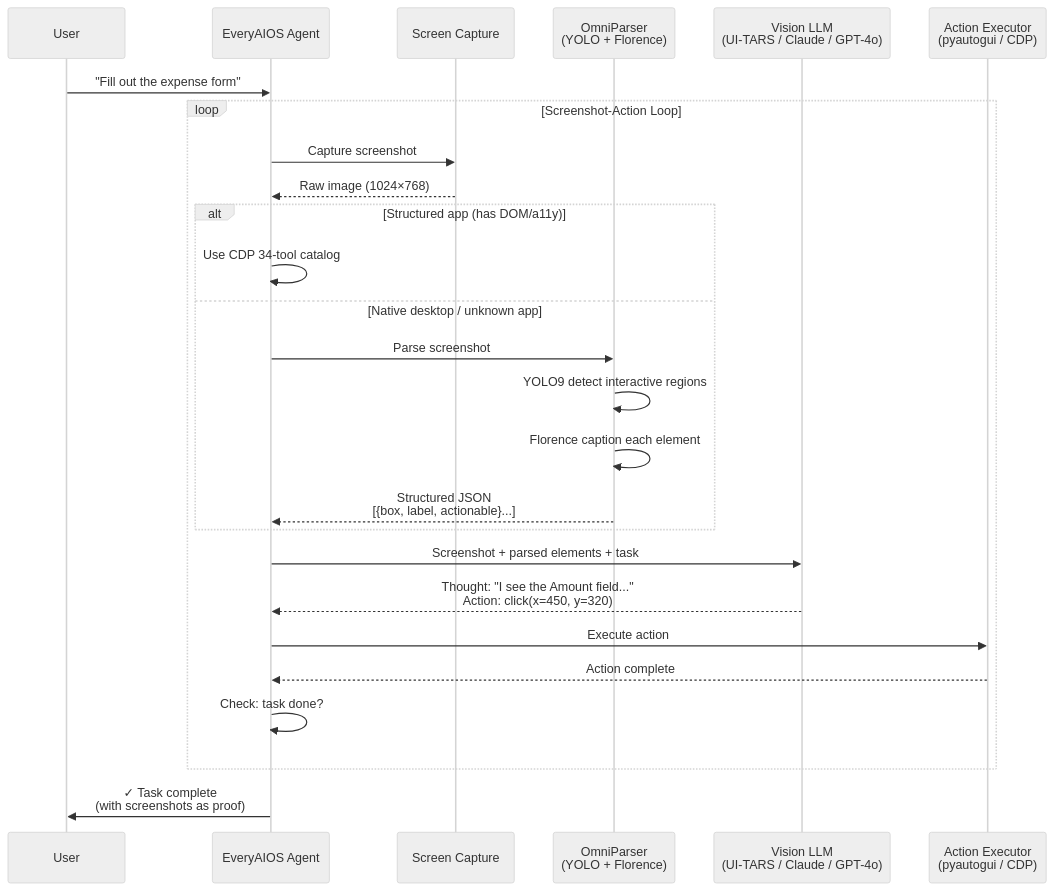
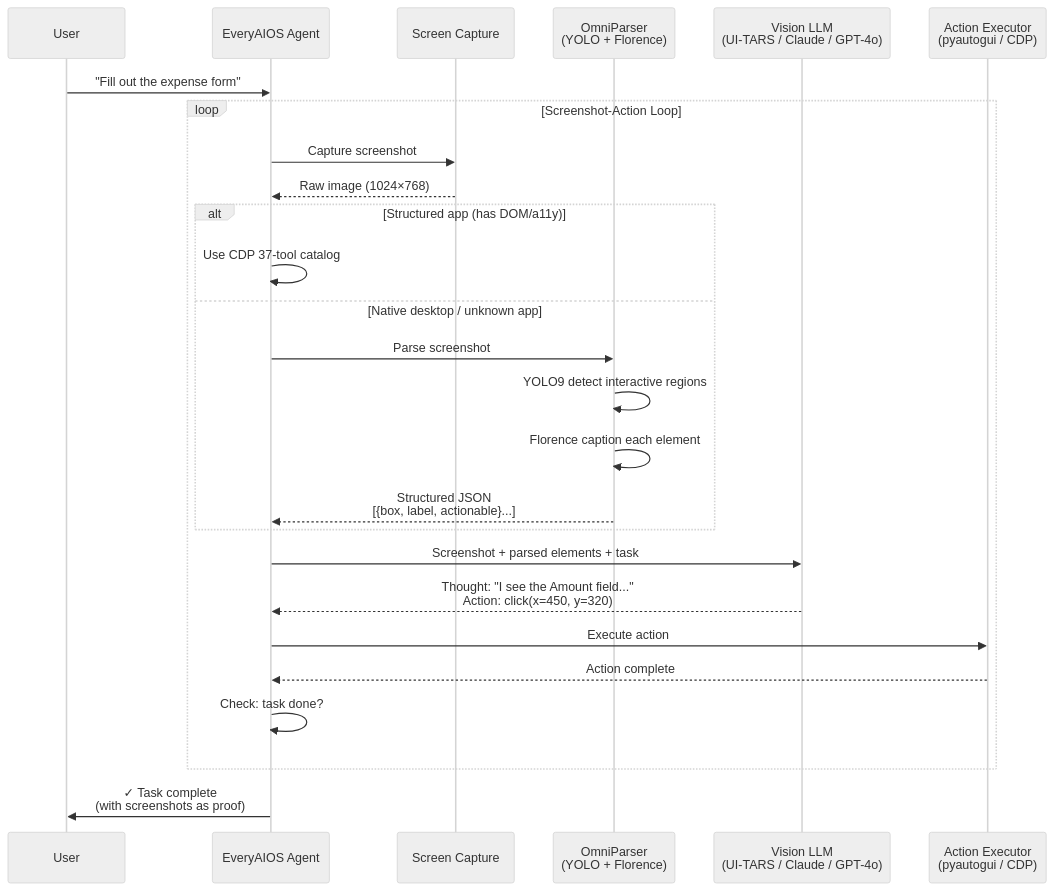
Diagram 24 of 24 in ARCH/DIAGRAMS.md (sarv-projects/EveryAIOS), drawn with Mermaid (neutral theme) before and after one commit. The commit also changed other lines of this file and 33 other files, not shown here.

````diff
--- a/ARCH/DIAGRAMS.md
+++ b/ARCH/DIAGRAMS.md
@@ -968,35 +970,35 @@
 ```mermaid
 sequenceDiagram
     participant U as User
     participant Agent as EveryAIOS Agent
     participant Screen as Screen Capture
     participant Parser as OmniParser<br/>(YOLO + Florence)
     participant VLM as Vision LLM<br/>(UI-TARS / Claude / GPT-4o)
     participant Exec as Action Executor<br/>(pyautogui / CDP)
 
     U->>Agent: "Fill out the expense form"
     
     loop Screenshot-Action Loop
         Agent->>Screen: Capture screenshot
         Screen-->>Agent: Raw image (1024×768)
         
         alt Structured app (has DOM/a11y)
-            Agent->>Agent: Use CDP 34-tool catalog
+            Agent->>Agent: Use CDP 37-tool catalog
         else Native desktop / unknown app
             Agent->>Parser: Parse screenshot
             Parser->>Parser: YOLO9 detect interactive regions
             Parser->>Parser: Florence caption each element
             Parser-->>Agent: Structured JSON<br/>[{box, label, actionable}...]
         end
         
         Agent->>VLM: Screenshot + parsed elements + task
         VLM-->>Agent: Thought: "I see the Amount field..."<br/>Action: click(x=450, y=320)
         
         Agent->>Exec: Execute action
         Exec-->>Agent: Action complete
         
         Agent->>Agent: Check: task done?
     end
     
     Agent->>U: ✓ Task complete<br/>(with screenshots as proof)
 ```
````
